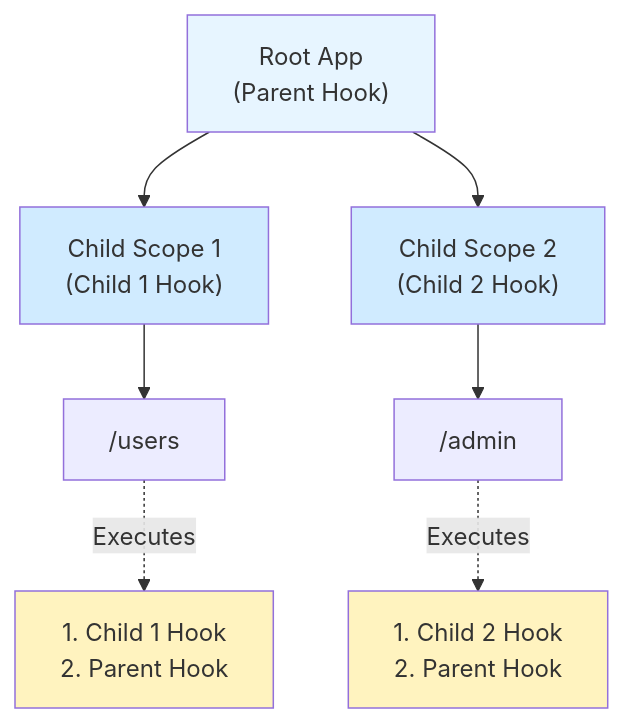
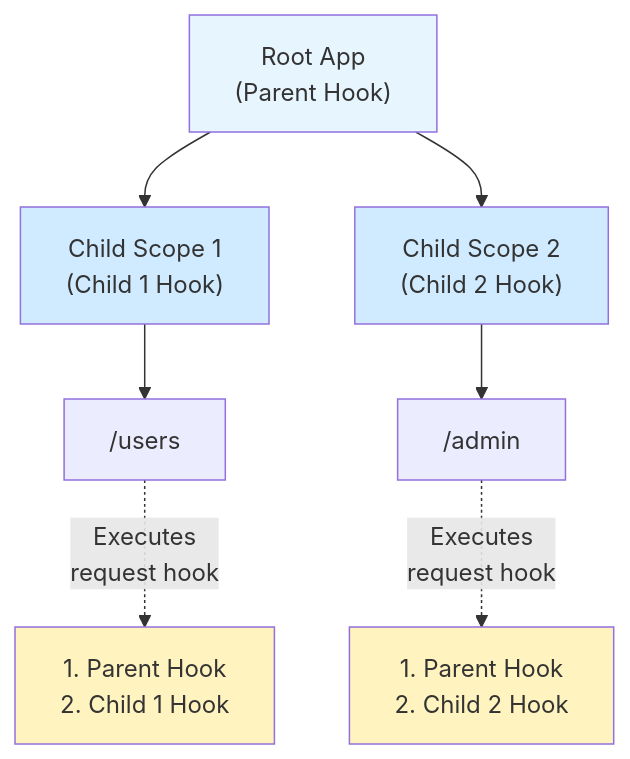
Before and after one commit to minima-js/minimajs: the diagram in docs/guides/diagrams/hook-scope-inheritance.md, drawn with Mermaid. The commit also changed 6 other files, not shown here.

````diff
--- a/docs/guides/diagrams/hook-scope-inheritance.md
+++ b/docs/guides/diagrams/hook-scope-inheritance.md
@@ -1,18 +1,18 @@
 ```mermaid
 graph TB
     Root["Root App<br/>(Parent Hook)"]
     Root --> Child1["Child Scope 1<br/>(Child 1 Hook)"]
     Root --> Child2["Child Scope 2<br/>(Child 2 Hook)"]
 
     Child1 --> Route1["/users"]
     Child2 --> Route2["/admin"]
 
-    Route1 -.->|Executes| Exec1["1. Child 1 Hook<br/>2. Parent Hook"]
-    Route2 -.->|Executes| Exec2["1. Child 2 Hook<br/>2. Parent Hook"]
+    Route1 -.->|Executes<br/>request hook| Exec1["1. Parent Hook<br/>2. Child 1 Hook"]
+    Route2 -.->|Executes<br/>request hook| Exec2["1. Parent Hook<br/>2. Child 2 Hook"]
 
     style Root fill:#e7f5ff
     style Child1 fill:#d0ebff
     style Child2 fill:#d0ebff
     style Exec1 fill:#fff3bf
     style Exec2 fill:#fff3bf
 ```
````
